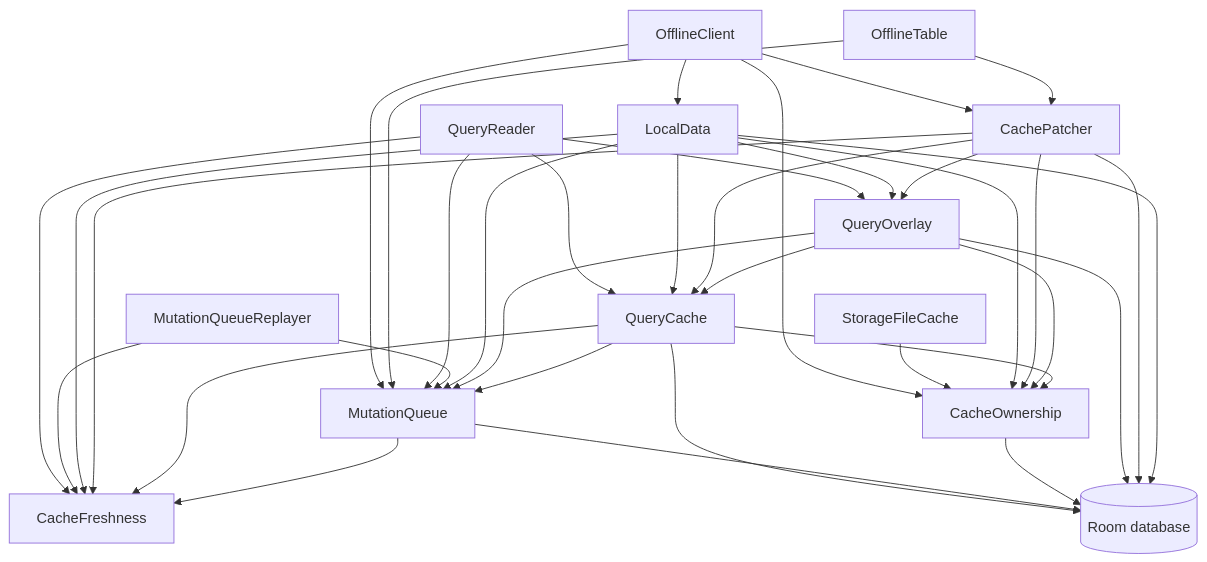
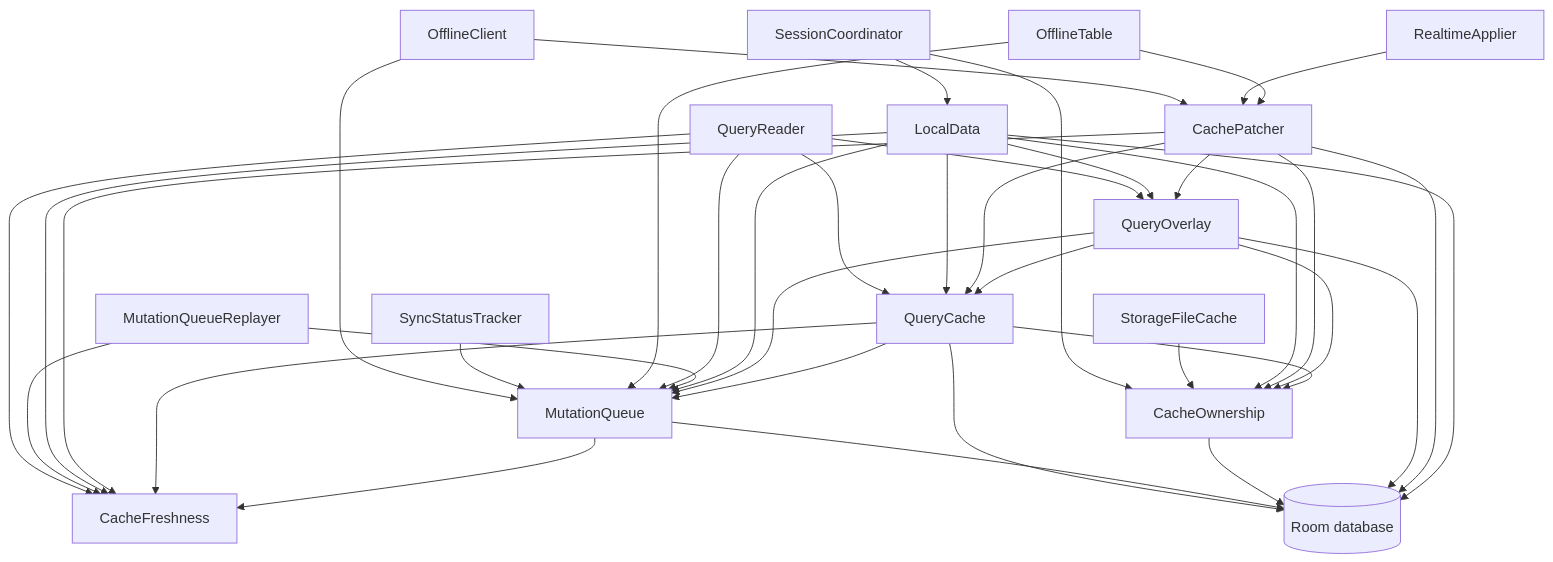
The second of 4 diagrams in docs/project/architecture.md (nesfeder/supabase-offline-kt), drawn with Mermaid before and after one commit. The commit also changed other lines of this file and 5 other files, not shown here.

First line of the commit message:
refactor: split OfflineClient into its session, status and Realtime parts

````diff
--- a/docs/project/architecture.md
+++ b/docs/project/architecture.md
@@ -689,38 +697,40 @@
 ```mermaid
 flowchart TB
-    OC["OfflineClient"] --> LD["LocalData"]
-    OC --> CP["CachePatcher"]
+    SC["SessionCoordinator"] --> LD["LocalData"]
+    OC["OfflineClient"] --> CP["CachePatcher"]
     OC --> MQ["MutationQueue"]
-    OC --> CO["CacheOwnership"]
+    SC --> CO["CacheOwnership"]
+    RA["RealtimeApplier"] --> CP
+    ST["SyncStatusTracker"] --> MQ
     T["OfflineTable"] --> MQ
     T --> CP
     QR["QueryReader"] --> QO["QueryOverlay"]
     QR --> QC["QueryCache"]
     QR --> MQ
     QR --> CF["CacheFreshness"]
     R["MutationQueueReplayer"] --> MQ
     R --> CF
     FC["StorageFileCache"] --> CO
     LD --> QO
     LD --> QC
     LD --> MQ
     LD --> CO
     LD --> CF["CacheFreshness"]
     CP --> QO
     CP --> QC
     CP --> CO
     CP --> CF
     QO --> QC
     QO --> MQ
     QO --> CO
     QC --> MQ
     QC --> CO
     QC --> CF
     MQ --> CF
     QC --> DB[("Room database")]
     MQ --> DB
     CO --> DB
     QO --> DB
     CP --> DB
     LD --> DB
 ```
````
